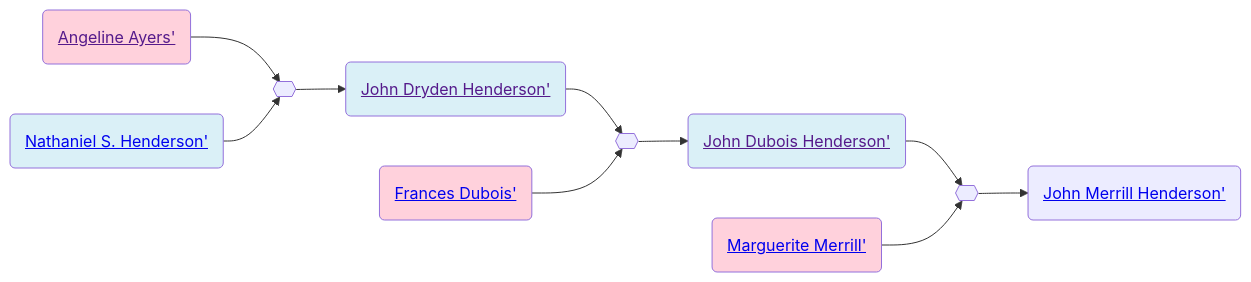
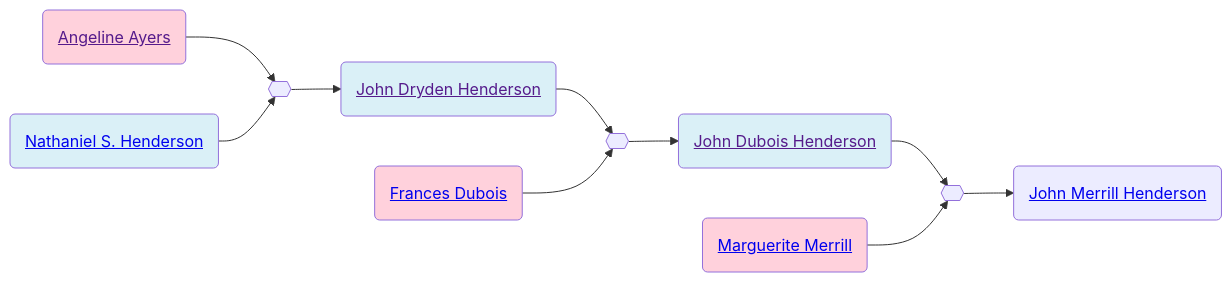
The second of 2 diagrams in familyhistory/sources/people/Henderson-line/Ayers-line/Angeline_Ayers.qmd (neelsmith/avocational), drawn with Mermaid before and after one commit. The commit also changed other lines of this file and 96 other files, not shown here.

````diff
--- a/familyhistory/sources/people/Henderson-line/Ayers-line/Angeline_Ayers.qmd
+++ b/familyhistory/sources/people/Henderson-line/Ayers-line/Angeline_Ayers.qmd
@@ -47,26 +47,26 @@
 ```{mermaid}
 graph LR
 %% LR descendant diagram
 class Angeline_Ayers_and_Nathaniel_S._Henderson marriage
-Angeline_Ayers(<a href=''>Angeline Ayers'</>) --> Angeline_Ayers_and_Nathaniel_S._Henderson{{ }}
-Nathaniel_S._Henderson(<a href='./../Nathaniel_S._Henderson.html'>Nathaniel S. Henderson'</>) --> Angeline_Ayers_and_Nathaniel_S._Henderson{{ }}
+Angeline_Ayers(<a href=''>Angeline Ayers</a>) --> Angeline_Ayers_and_Nathaniel_S._Henderson{{ }}
+Nathaniel_S._Henderson(<a href='./../Nathaniel_S._Henderson.html'>Nathaniel S. Henderson</a>) --> Angeline_Ayers_and_Nathaniel_S._Henderson{{ }}
 class Nathaniel_S._Henderson father
 class Angeline_Ayers mother
-Angeline_Ayers_and_Nathaniel_S._Henderson{{ }} --> John_Dryden_Henderson(<a href='./../John_Dryden_Henderson.html'>John Dryden Henderson'</>)
+Angeline_Ayers_and_Nathaniel_S._Henderson{{ }} --> John_Dryden_Henderson(<a href='./../John_Dryden_Henderson.html'>John Dryden Henderson</a>)
 class John_Dryden_Henderson_and_Frances_Dubois marriage
-John_Dryden_Henderson(<a href=''>John Dryden Henderson'</>) --> John_Dryden_Henderson_and_Frances_Dubois{{ }}
-Frances_Dubois(<a href='./Dubois-line/Frances_Dubois.html'>Frances Dubois'</>) --> John_Dryden_Henderson_and_Frances_Dubois{{ }}
+John_Dryden_Henderson(<a href=''>John Dryden Henderson</a>) --> John_Dryden_Henderson_and_Frances_Dubois{{ }}
+Frances_Dubois(<a href='./Dubois-line/Frances_Dubois.html'>Frances Dubois</a>) --> John_Dryden_Henderson_and_Frances_Dubois{{ }}
 class John_Dryden_Henderson father
 class Frances_Dubois mother
-John_Dryden_Henderson_and_Frances_Dubois{{ }} --> John_Dubois_Henderson(<a href='./John_Dubois_Henderson.html'>John Dubois Henderson'</>)
+John_Dryden_Henderson_and_Frances_Dubois{{ }} --> John_Dubois_Henderson(<a href='./John_Dubois_Henderson.html'>John Dubois Henderson</a>)
 class John_Dubois_Henderson_and_Marguerite_Merrill marriage
-John_Dubois_Henderson(<a href=''>John Dubois Henderson'</>) --> John_Dubois_Henderson_and_Marguerite_Merrill{{ }}
-Marguerite_Merrill(<a href='./../Merrill-line/Marguerite_Merrill.html'>Marguerite Merrill'</>) --> John_Dubois_Henderson_and_Marguerite_Merrill{{ }}
+John_Dubois_Henderson(<a href=''>John Dubois Henderson</a>) --> John_Dubois_Henderson_and_Marguerite_Merrill{{ }}
+Marguerite_Merrill(<a href='./../Merrill-line/Marguerite_Merrill.html'>Marguerite Merrill</a>) --> John_Dubois_Henderson_and_Marguerite_Merrill{{ }}
 class John_Dubois_Henderson father
 class Marguerite_Merrill mother
-John_Dubois_Henderson_and_Marguerite_Merrill{{ }} --> John_Merrill_Henderson(<a href='./John_Merrill_Henderson.html'>John Merrill Henderson'</>)
+John_Dubois_Henderson_and_Marguerite_Merrill{{ }} --> John_Merrill_Henderson(<a href='./John_Merrill_Henderson.html'>John Merrill Henderson</a>)
 classDef mother fill:#ffd1dc
 classDef father fill:#daf0f7  
 classDef marriage fill:#ffffff
 
 ```
````
